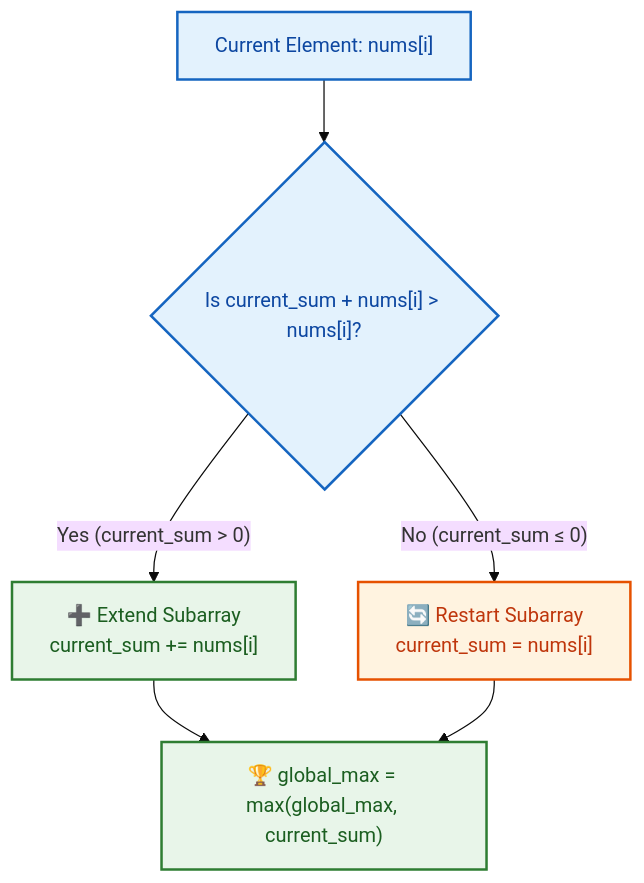
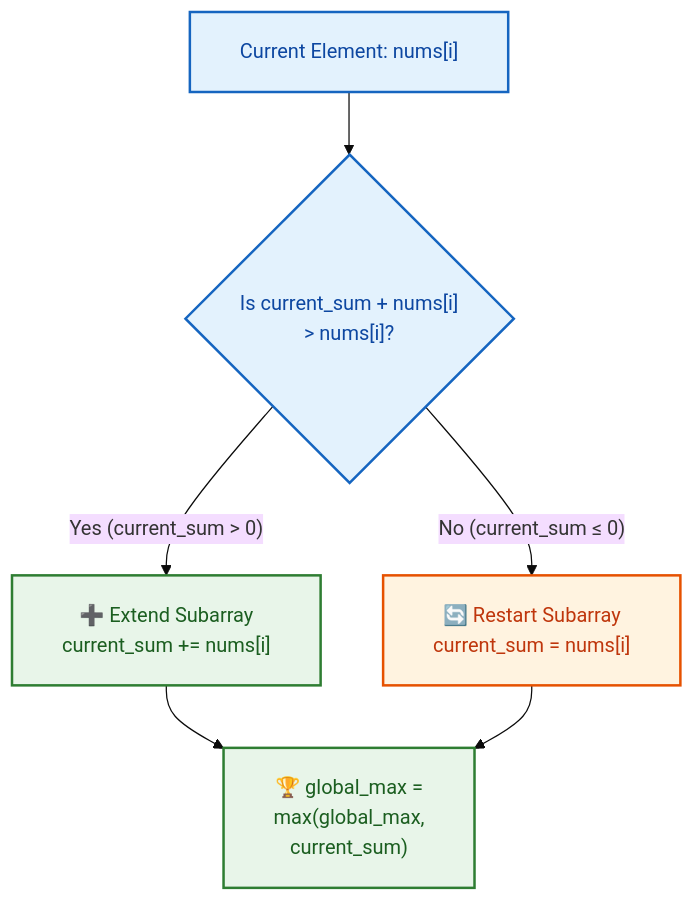
One commit to dip4k/DSA_102 changed the first of 2 diagrams in week_05_tier_1_critical_patterns/Week_05_Visual_Concepts_Playbook_HYBRID.md. Above: the diagram before and after it, drawn with Mermaid (base theme). The commit also changed other lines of this file and 108 other files, not shown here.

First line of the commit message:
fix(mermaid): resolve diagram clipping, padding, and syntax issues across repo

````diff
--- a/week_05_tier_1_critical_patterns/Week_05_Visual_Concepts_Playbook_HYBRID.md
+++ b/week_05_tier_1_critical_patterns/Week_05_Visual_Concepts_Playbook_HYBRID.md
@@ -390,21 +390,22 @@
 ```mermaid
+%%{init: {"flowchart": {"htmlLabels": true, "padding": 20}}}%%
 flowchart TD
     Current["Current Element: nums[i]"]
-    Check{"Is current_sum + nums[i] > nums[i]?"}
+    Check{"Is current_sum + nums[i]<br/>> nums[i]?"}
     Extend["➕ Extend Subarray<br/>current_sum += nums[i]"]
     Restart["🔄 Restart Subarray<br/>current_sum = nums[i]"]
-    Update["🏆 global_max = max(global_max, current_sum)"]
+    Update["🏆 global_max =<br/>max(global_max,<br/>current_sum)"]
 
     Current --> Check
     Check -->|"Yes (current_sum > 0)"| Extend
     Check -->|"No (current_sum &le; 0)"| Restart
     Extend --> Update
     Restart --> Update
 
     classDef proc fill:#e3f2fd,stroke:#1565c0,stroke-width:2px,color:#0d47a1
     classDef warn fill:#fff3e0,stroke:#e65100,stroke-width:2px,color:#bf360c
     classDef success fill:#e8f5e9,stroke:#2e7d32,stroke-width:2px,color:#1b5e20
     class Current,Check proc
     class Restart warn
     class Extend,Update success
 ```
````
